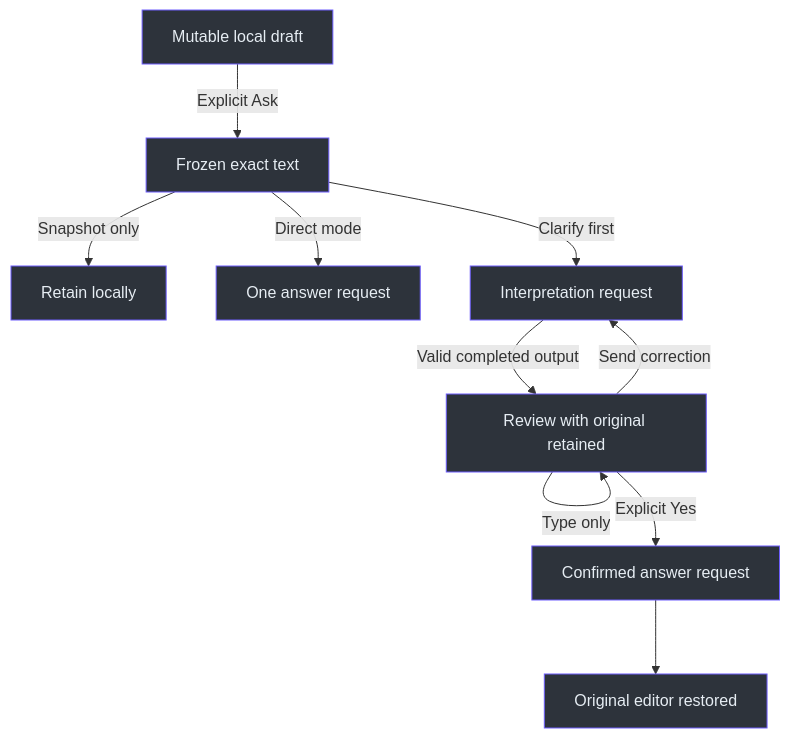
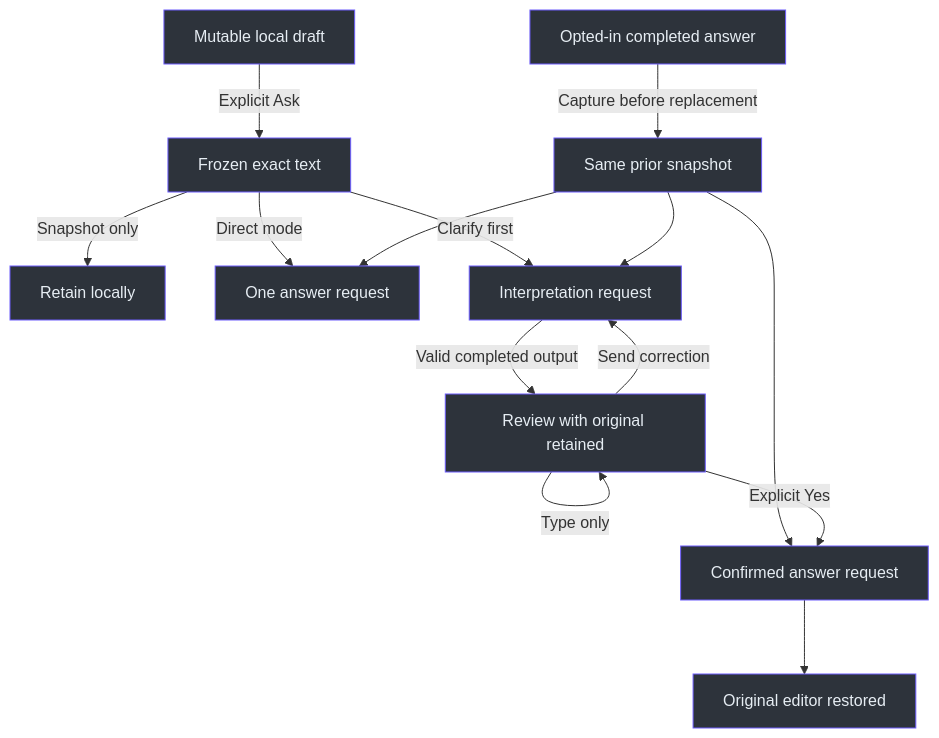
The second of 2 diagrams in docs/handbook/22-desktop-source-walkthrough.md (Zanark/phantom-fudge), drawn with Mermaid before and after one commit. The commit also changed other lines of this file and 129 other files, not shown here.

````diff
--- a/docs/handbook/22-desktop-source-walkthrough.md
+++ b/docs/handbook/22-desktop-source-walkthrough.md
@@ -173,22 +181,28 @@
 ```mermaid
 flowchart TD
     accTitle: Explicit question and clarification transactions
-    accDescr: Ask freezes a draft. Local mode does not send. Direct mode requests an answer. Optional clarification retains the original and requires an explicit correction or Yes for every further request.
+    accDescr: Ask snapshots optional prior-answer text before replacing the display. Local mode never sends. Clarification retains both the original draft and the same prior snapshot through explicit corrections or Yes.
     Draft["Mutable local draft"] -->|Explicit Ask| Snapshot["Frozen exact text"]
     Snapshot -->|Snapshot only| Local["Retain locally"]
     Snapshot -->|Direct mode| Answer["One answer request"]
     Snapshot -->|Clarify first| Interpret["Interpretation request"]
+    Prior["Opted-in completed answer"] -->|Capture before replacement| Context["Same prior snapshot"]
+    Context --> Answer
+    Context --> Interpret
+    Context --> Confirmed
     Interpret -->|Valid completed output| Review["Review with original retained"]
     Review -->|Type only| Review
     Review -->|Send correction| Interpret
     Review -->|Explicit Yes| Confirmed["Confirmed answer request"]
     Confirmed --> Original["Original editor restored"]
     style Draft fill:#2d333b,stroke:#6d5dfc,color:#e6edf3
     style Snapshot fill:#2d333b,stroke:#6d5dfc,color:#e6edf3
     style Local fill:#2d333b,stroke:#6d5dfc,color:#e6edf3
     style Answer fill:#2d333b,stroke:#6d5dfc,color:#e6edf3
     style Interpret fill:#2d333b,stroke:#6d5dfc,color:#e6edf3
     style Review fill:#2d333b,stroke:#6d5dfc,color:#e6edf3
     style Confirmed fill:#2d333b,stroke:#6d5dfc,color:#e6edf3
     style Original fill:#2d333b,stroke:#6d5dfc,color:#e6edf3
+    style Prior fill:#2d333b,stroke:#6d5dfc,color:#e6edf3
+    style Context fill:#2d333b,stroke:#6d5dfc,color:#e6edf3
 ```
````
